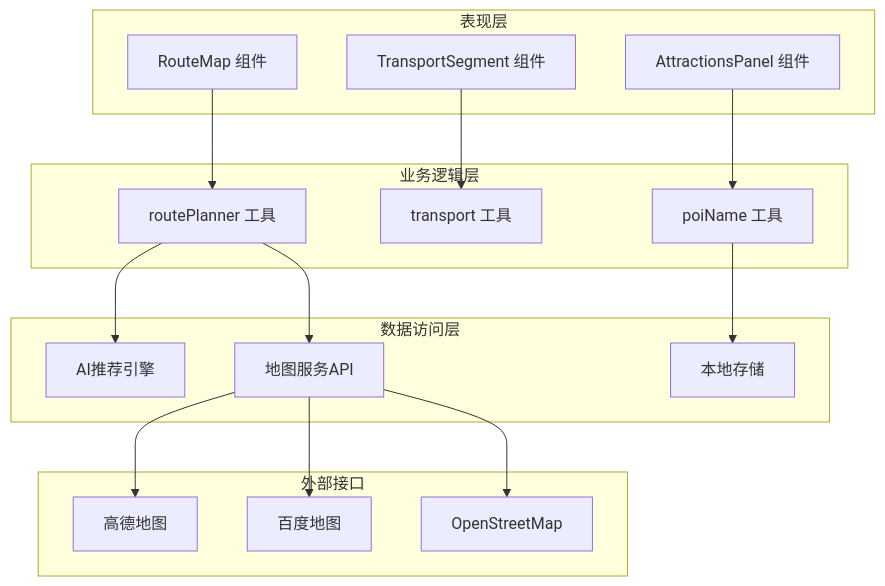
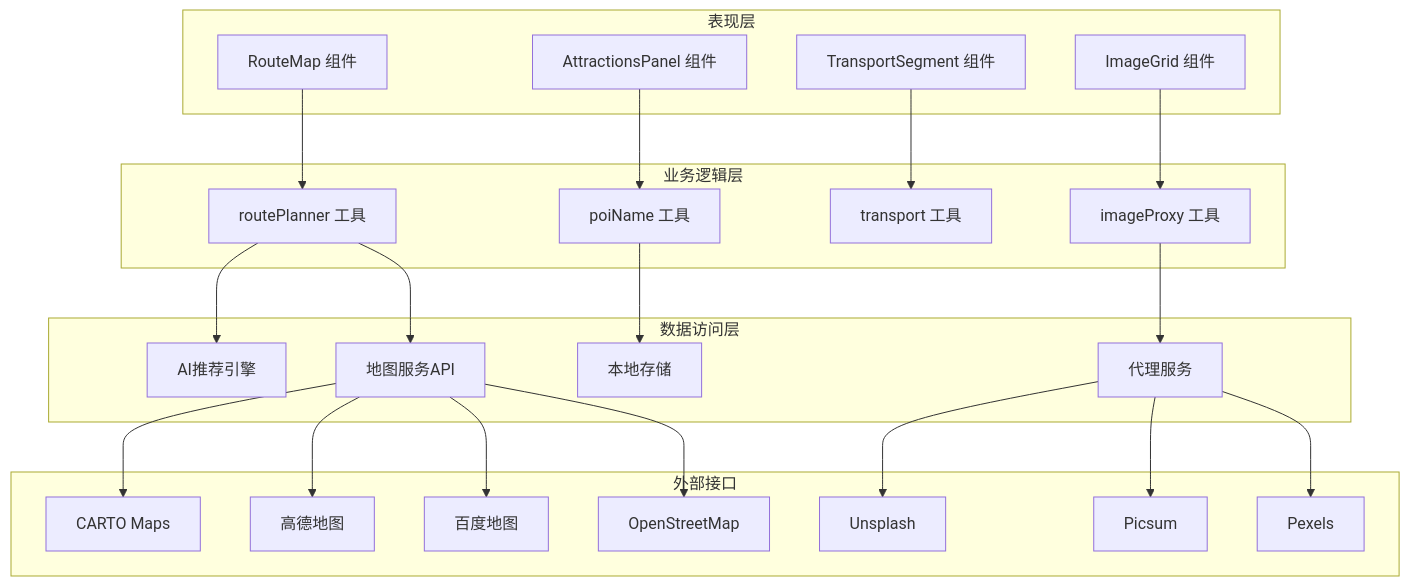
The second of 10 diagrams in .qoder/repowiki/zh/content/项目概述/核心功能特性/交互式地图服务.md (ititjjy/AITrip-plan), drawn with Mermaid before and after one commit. The commit also changed other lines of this file and 144 other files, not shown here.

````diff
--- a/.qoder/repowiki/zh/content/项目概述/核心功能特性/交互式地图服务.md
+++ b/.qoder/repowiki/zh/content/项目概述/核心功能特性/交互式地图服务.md
@@ -135,32 +155,45 @@
 ```mermaid
 graph TD
 subgraph "表现层"
 A[RouteMap 组件]
 B[AttractionsPanel 组件]
 C[TransportSegment 组件]
+D[ImageGrid 组件]
 end
 subgraph "业务逻辑层"
-D[routePlanner 工具]
-E[transport 工具]
-F[poiName 工具]
+E[routePlanner 工具]
+F[transport 工具]
+G[poiName 工具]
+H[imageProxy 工具]
 end
 subgraph "数据访问层"
-G[AI推荐引擎]
-H[地图服务API]
-I[本地存储]
+I[AI推荐引擎]
+J[地图服务API]
+K[本地存储]
+L[代理服务]
 end
 subgraph "外部接口"
-J[高德地图]
-K[百度地图]
-L[OpenStreetMap]
+M[CARTO Maps]
+N[Unsplash]
+O[Picsum]
+P[Pexels]
+Q[高德地图]
+R[百度地图]
+S[OpenStreetMap]
 end
-A --> D
-B --> F
-C --> E
-D --> G
+A --> E
+B --> G
+C --> F
 D --> H
-F --> I
-H --> J
-H --> K
+E --> I
+E --> J
+G --> K
+J --> M
+J --> Q
+J --> R
+J --> S
 H --> L
+L --> N
+L --> O
+L --> P
 ```
````
